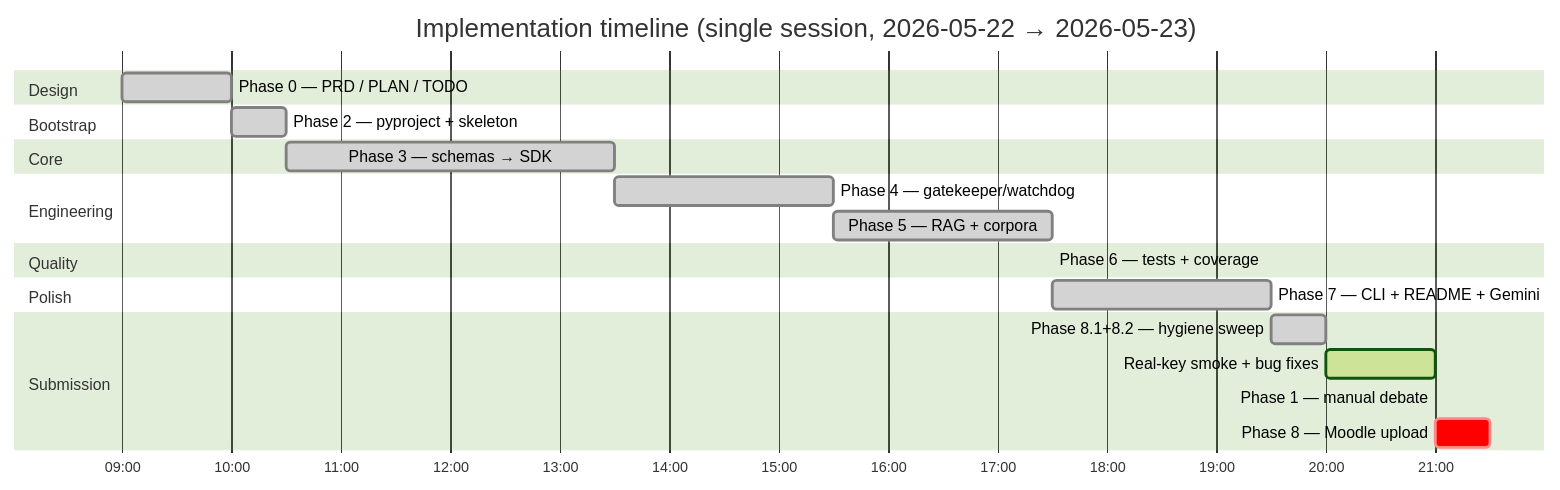
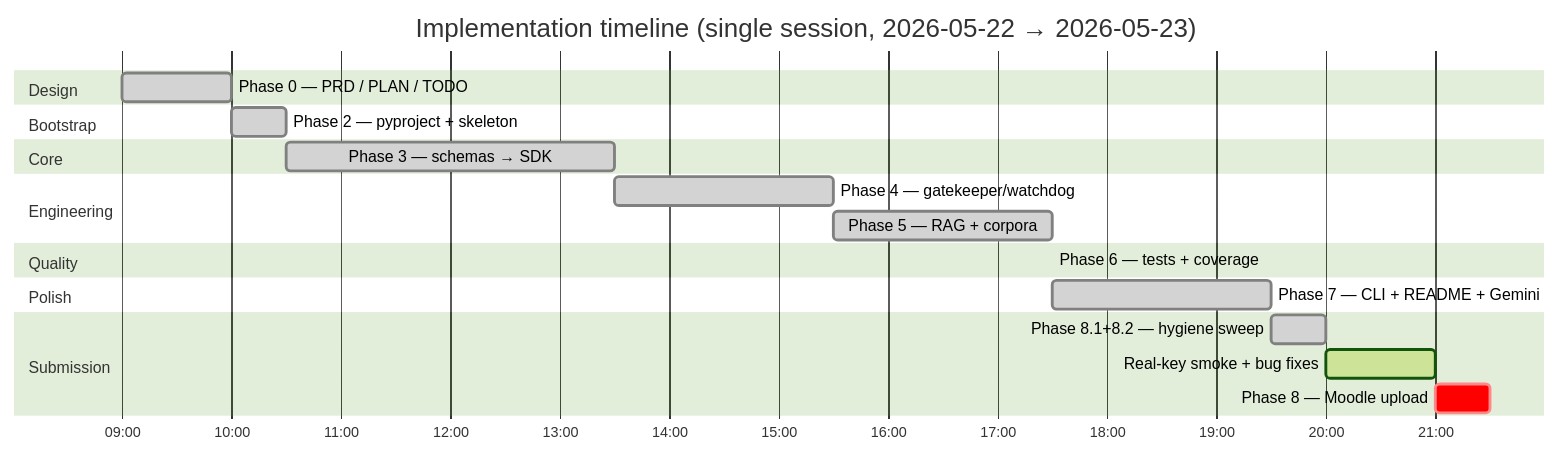
Before and after one commit to SharbelMaroun/AI-Agent-Orchestration-HW2: the third of 3 diagrams in README.md, drawn with Mermaid (forest theme). The commit also changed other lines of this file and 4 other files, not shown here.

````diff
--- a/README.md
+++ b/README.md
@@ -459,25 +453,24 @@
 ```mermaid
 gantt
     title Implementation timeline (single session, 2026-05-22 → 2026-05-23)
     dateFormat HH:mm
     axisFormat %H:%M
 
     section Design
     Phase 0 — PRD / PLAN / TODO     :done, p0, 09:00, 1h
     section Bootstrap
     Phase 2 — pyproject + skeleton  :done, p2, after p0, 30m
     section Core
     Phase 3 — schemas → SDK         :done, p3, after p2, 3h
     section Engineering
     Phase 4 — gatekeeper/watchdog   :done, p4, after p3, 2h
     Phase 5 — RAG + corpora         :done, p5, after p4, 2h
     section Quality
     Phase 6 — tests + coverage      :done, p6, after p5, 1h30m
     section Polish
     Phase 7 — CLI + README + Gemini :done, p7, after p6, 2h
     section Submission
     Phase 8.1+8.2 — hygiene sweep   :done, p8, after p7, 30m
     Real-key smoke + bug fixes      :active, smoke, after p8, 1h
-    Phase 1 — manual debate         :crit, p1, after smoke, 1h30m
-    Phase 8 — Moodle upload         :crit, sub, after p1, 30m
+    Phase 8 — Moodle upload         :crit, sub, after smoke, 30m
 ```
````
